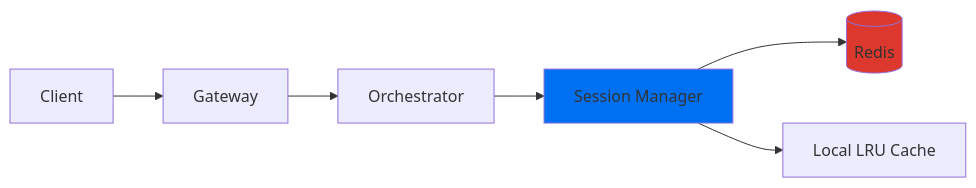
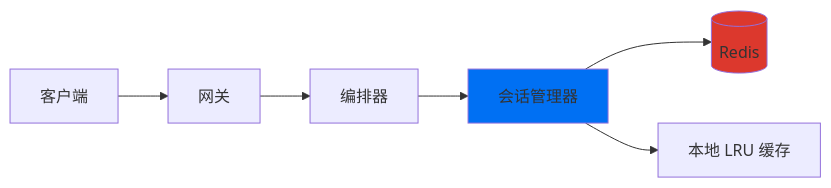
The first of 2 diagrams in cn/api/endpoints/sessions.mdx (Kocoro-lab/Shannon-docs), drawn with Mermaid before and after one commit. The commit also changed other lines of this file and 11 other files, not shown here.

````diff
--- a/cn/api/endpoints/sessions.mdx
+++ b/cn/api/endpoints/sessions.mdx
@@ -27,11 +19,11 @@
 ```mermaid
 graph LR
-    Client[Client] --> Gateway[Gateway]
-    Gateway --> Orchestrator[Orchestrator]
-    Orchestrator --> SessionMgr[Session Manager]
+    Client[客户端] --> Gateway[网关]
+    Gateway --> Orchestrator[编排器]
+    Orchestrator --> SessionMgr[会话管理器]
     SessionMgr --> Redis[(Redis)]
-    SessionMgr --> LocalCache[Local LRU Cache]
+    SessionMgr --> LocalCache[本地 LRU 缓存]
 
     style SessionMgr fill:#0070F3
     style Redis fill:#DC382D
 ```
````
